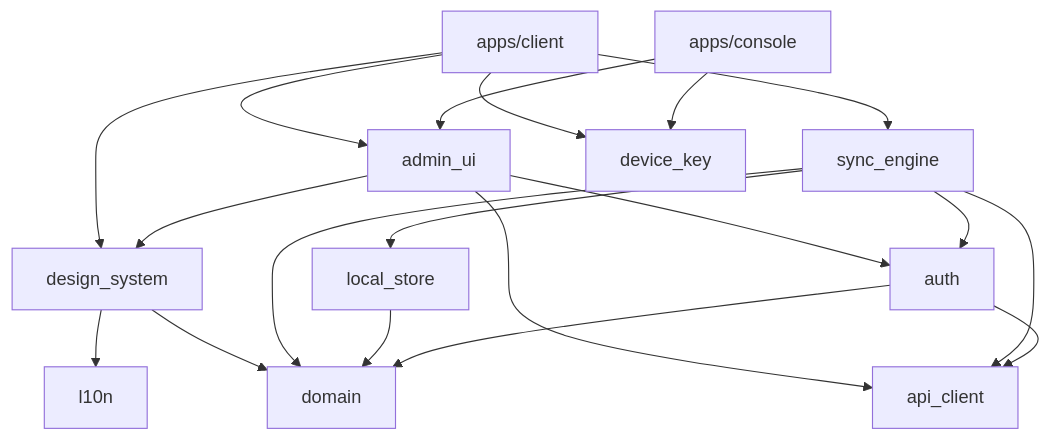
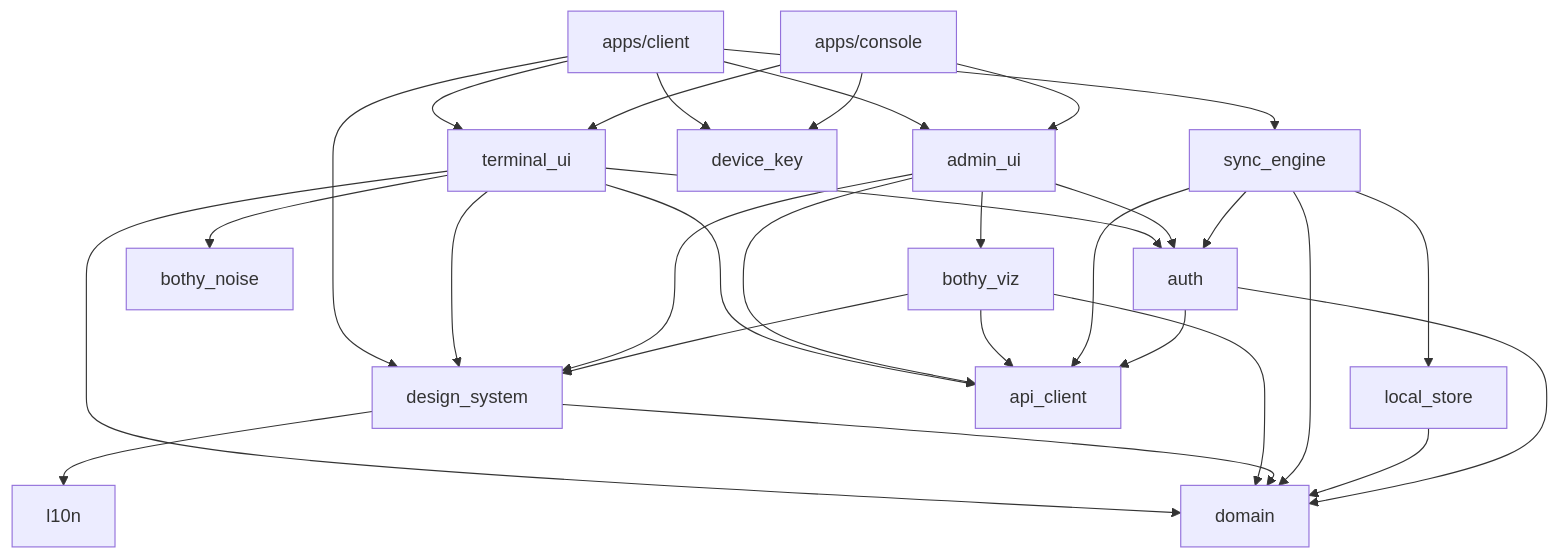
The first of 5 diagrams in docs/spec/15-client-architektur.md (mguttmann/bothy), drawn with Mermaid before and after one commit. The commit also changed other lines of this file and 19 other files, not shown here.

````diff
--- a/docs/spec/15-client-architektur.md
+++ b/docs/spec/15-client-architektur.md
@@ -75,32 +85,43 @@
 ```mermaid
 flowchart TB
   client["apps/client"]
   console["apps/console"]
   admin["admin_ui"]
   ds["design_system"]
   l10n["l10n"]
   sync["sync_engine"]
   store["local_store"]
   auth["auth"]
   key["device_key"]
   api["api_client"]
   domain["domain"]
   client --> admin
   client --> sync
   client --> ds
   client --> key
+  client --> term["terminal_ui"]
   console --> admin
   console --> key
+  console --> term
+  term --> ds
+  term --> auth
+  term --> api
+  term --> noise["bothy_noise"]
+  term --> domain
   admin --> ds
   admin --> auth
   admin --> api
+  admin --> viz["bothy_viz"]
+  viz --> ds
+  viz --> api
+  viz --> domain
   ds --> l10n
   ds --> domain
   sync --> store
   sync --> auth
   sync --> api
   sync --> domain
   store --> domain
   auth --> api
   auth --> domain
 ```
````
